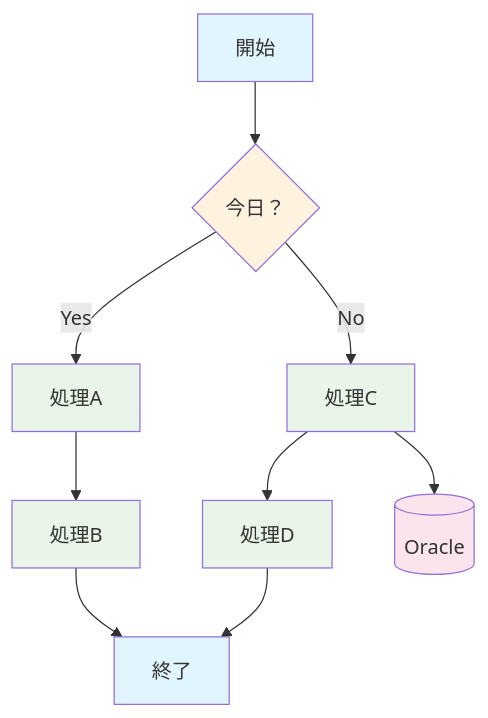
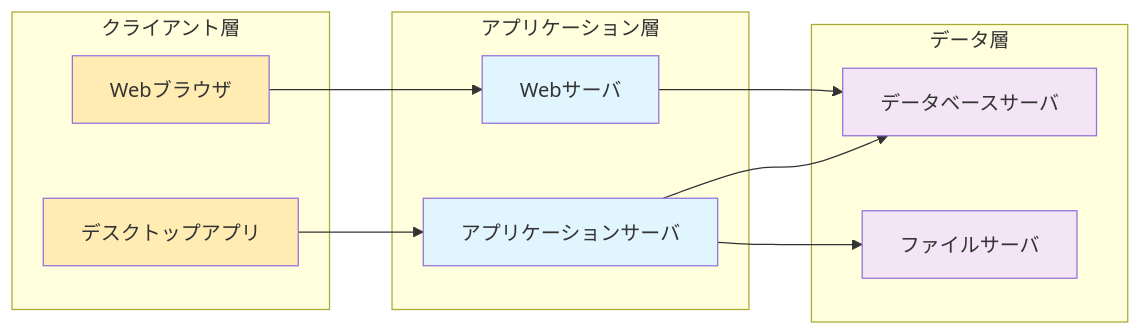
Before and after one commit to MasatakaNakamura/xlsx-data-analyzer: the second of 3 diagrams in docs/構成図_sheet.md, drawn with Mermaid. The commit also changed other lines of this file and 32 other files, not shown here.

````diff
--- a/docs/構成図_sheet.md
+++ b/docs/構成図_sheet.md
@@ -18,20 +55,30 @@
 ```mermaid
-flowchart TD
-    Start[開始] --> Decision{今日？}
-    Decision -->|Yes| ProcessA[処理A]
-    Decision -->|No| ProcessC[処理C]
-    ProcessA --> ProcessB[処理B]
-    ProcessC --> ProcessD[処理D]
-    ProcessC --> Oracle[(Oracle)]
-    ProcessB --> End[終了]
-    ProcessD --> End
+graph LR
+    subgraph "クライアント層"
+        A[Webブラウザ]
+        B[デスクトップアプリ]
+    end
 
-    style Start fill:#e1f5fe
-    style End fill:#e1f5fe
-    style Decision fill:#fff3e0
-    style ProcessA fill:#e8f5e8
-    style ProcessB fill:#e8f5e8
-    style ProcessC fill:#e8f5e8
-    style ProcessD fill:#e8f5e8
-    style Oracle fill:#fce4ec
+    subgraph "アプリケーション層"
+        C[Webサーバ]
+        D[アプリケーションサーバ]
+    end
+
+    subgraph "データ層"
+        E[データベースサーバ]
+        F[ファイルサーバ]
+    end
+
+    A --> C
+    B --> D
+    C --> E
+    D --> E
+    D --> F
+
+    style A fill:#ffecb3
+    style B fill:#ffecb3
+    style C fill:#e1f5fe
+    style D fill:#e1f5fe
+    style E fill:#f3e5f5
+    style F fill:#f3e5f5
 ```
````
